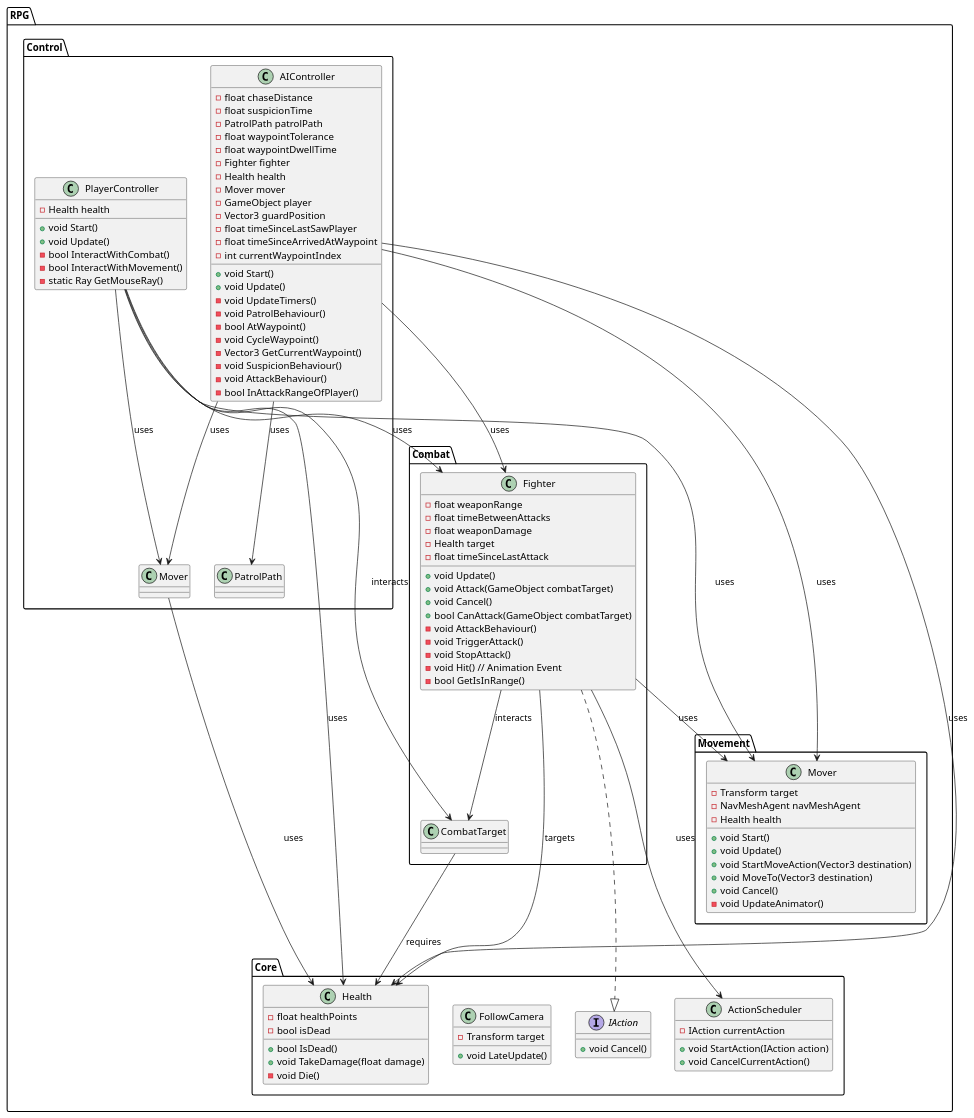
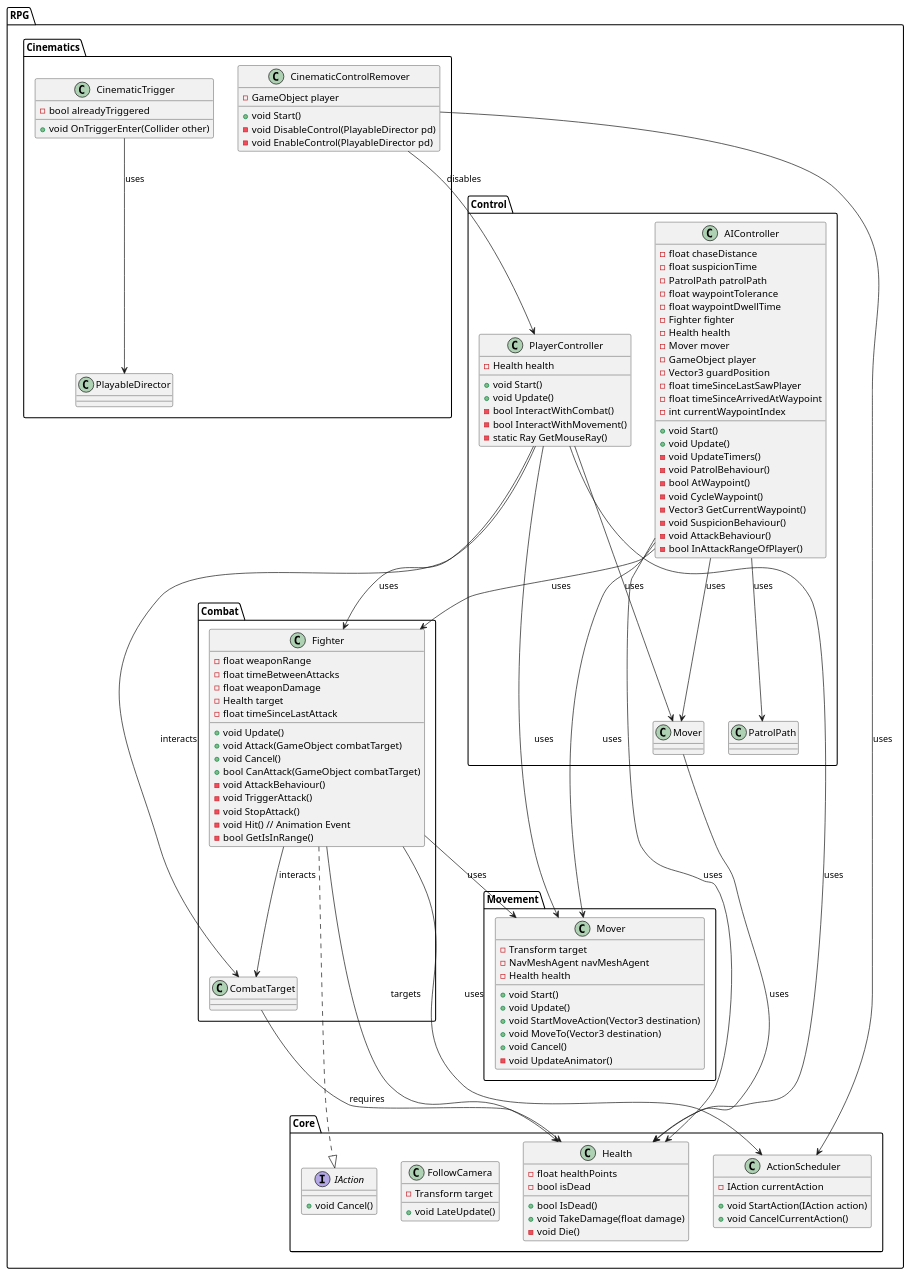
Before and after one commit to Velcronator/RPG25: the diagram in Assets/Scripts/rpg.puml, drawn with PlantUML. The commit also changed 19 other files, not shown here.

```diff
--- a/Assets/Scripts/rpg.puml
+++ b/Assets/Scripts/rpg.puml
@@ -1,115 +1,133 @@
 @startuml RPG
 namespace RPG.Combat {
     class Fighter {
         -float weaponRange
         -float timeBetweenAttacks
         -float weaponDamage
         -Health target
         -float timeSinceLastAttack
         +void Update()
         +void Attack(GameObject combatTarget)
         +void Cancel()
         +bool CanAttack(GameObject combatTarget)
         -void AttackBehaviour()
         -void TriggerAttack()
         -void StopAttack()
         -void Hit() // Animation Event
         -bool GetIsInRange()
     }
 
     class CombatTarget {
     }
 
     Fighter --> CombatTarget : interacts
 }
 
 namespace RPG.Control {
     class PlayerController {
         -Health health
         +void Start()
         +void Update()
         -bool InteractWithCombat()
         -bool InteractWithMovement()
         -static Ray GetMouseRay()
     }
 
     class AIController {
         -float chaseDistance
         -float suspicionTime
         -PatrolPath patrolPath
         -float waypointTolerance
         -float waypointDwellTime
         -Fighter fighter
         -Health health
         -Mover mover
         -GameObject player
         -Vector3 guardPosition
         -float timeSinceLastSawPlayer
         -float timeSinceArrivedAtWaypoint
         -int currentWaypointIndex
         +void Start()
         +void Update()
         -void UpdateTimers()
         -void PatrolBehaviour()
         -bool AtWaypoint()
         -void CycleWaypoint()
         -Vector3 GetCurrentWaypoint()
         -void SuspicionBehaviour()
         -void AttackBehaviour()
         -bool InAttackRangeOfPlayer()
     }
 
     PlayerController --> Fighter : uses
     PlayerController --> Mover : uses
     PlayerController --> CombatTarget : interacts
     AIController --> Fighter : uses
     AIController --> Mover : uses
     AIController --> PatrolPath : uses
 }
 
 namespace RPG.Core {
     interface IAction {
         +void Cancel()
     }
     class ActionScheduler {
         -IAction currentAction
         +void StartAction(IAction action)
         +void CancelCurrentAction()
     }
     class FollowCamera {
         -Transform target
         +void LateUpdate()
     }
     class Health {
         -float healthPoints
         -bool isDead
         +bool IsDead()
         +void TakeDamage(float damage)
         -void Die()
     }
     Fighter --> Health : targets
     CombatTarget --> Health : requires
     PlayerController --> Health : uses
     AIController --> Health : uses
     Mover --> Health : uses
     Fighter ..|> IAction
     Fighter --> ActionScheduler : uses
 }
 
 namespace RPG.Movement {
     class Mover {
         -Transform target
         -NavMeshAgent navMeshAgent
         -Health health
         +void Start()
         +void Update()
         +void StartMoveAction(Vector3 destination)
         +void MoveTo(Vector3 destination)
         +void Cancel()
         -void UpdateAnimator()
     }
     Fighter --> Mover : uses
     PlayerController --> Mover : uses
     AIController --> Mover : uses
 }
+
+namespace RPG.Cinematics {
+    class CinematicControlRemover {
+        -GameObject player
+        +void Start()
+        -void DisableControl(PlayableDirector pd)
+        -void EnableControl(PlayableDirector pd)
+    }
+
+    class CinematicTrigger {
+        -bool alreadyTriggered
+        +void OnTriggerEnter(Collider other)
+    }
+
+    CinematicControlRemover --> PlayerController : disables
+    CinematicControlRemover --> ActionScheduler : uses
+    CinematicTrigger --> PlayableDirector : uses
+}
 @enduml
```
